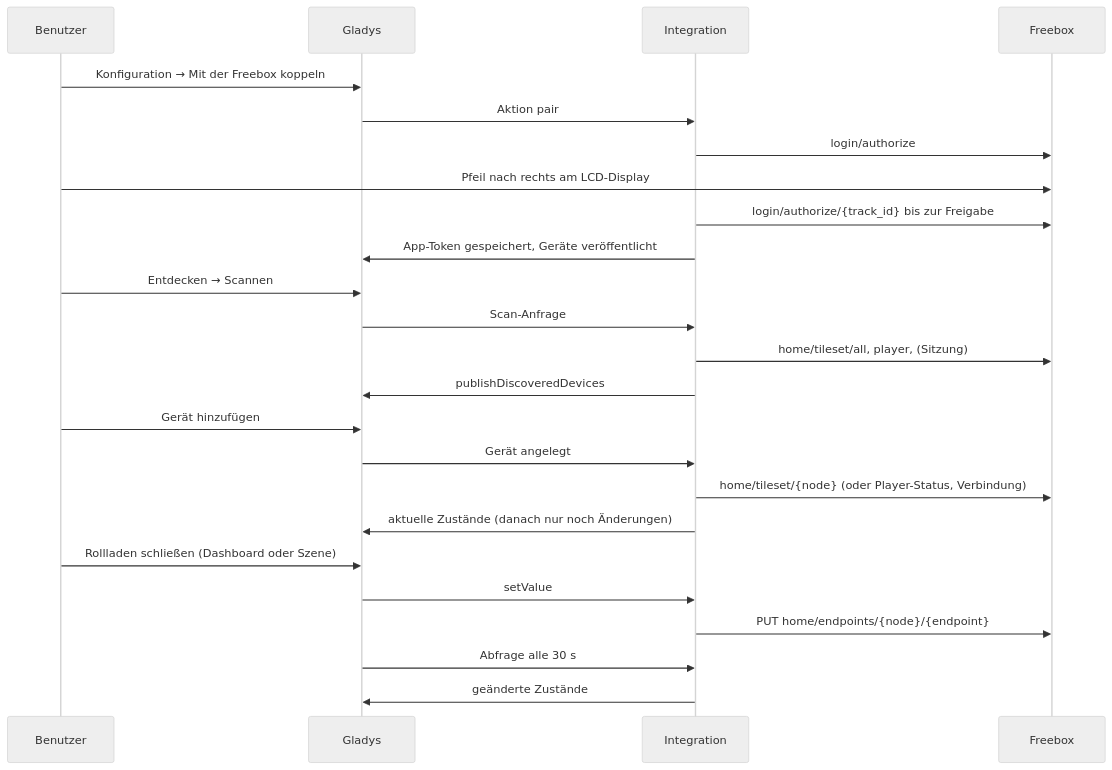
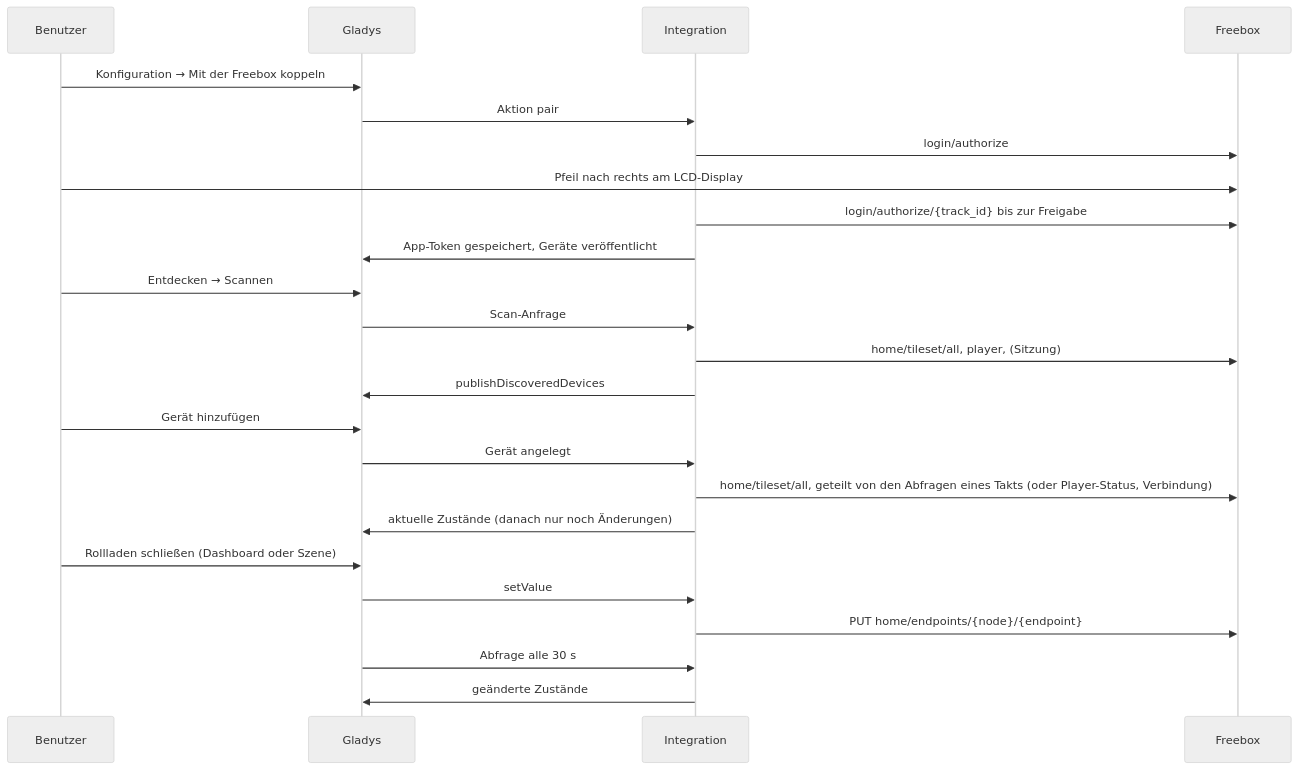
The second of 3 diagrams in README.de.md (William-De71/gladys-freebox), drawn with Mermaid (neutral theme) before and after one commit. The commit also changed other lines of this file and 23 other files, not shown here.

````diff
--- a/README.de.md
+++ b/README.de.md
@@ -90,26 +91,26 @@
 ```mermaid
 sequenceDiagram
   participant U as Benutzer
   participant G as Gladys
   participant I as Integration
   participant F as Freebox
   U->>G: Konfiguration → Mit der Freebox koppeln
   G->>I: Aktion pair
   I->>F: login/authorize
   U->>F: Pfeil nach rechts am LCD-Display
   I->>F: login/authorize/{track_id} bis zur Freigabe
   I->>G: App-Token gespeichert, Geräte veröffentlicht
   U->>G: Entdecken → Scannen
   G->>I: Scan-Anfrage
   I->>F: home/tileset/all, player, (Sitzung)
   I->>G: publishDiscoveredDevices
   U->>G: Gerät hinzufügen
   G->>I: Gerät angelegt
-  I->>F: home/tileset/{node} (oder Player-Status, Verbindung)
+  I->>F: home/tileset/all, geteilt von den Abfragen eines Takts (oder Player-Status, Verbindung)
   I->>G: aktuelle Zustände (danach nur noch Änderungen)
   U->>G: Rollladen schließen (Dashboard oder Szene)
   G->>I: setValue
   I->>F: PUT home/endpoints/{node}/{endpoint}
   G->>I: Abfrage alle 30 s
   I->>G: geänderte Zustände
 ```
````
